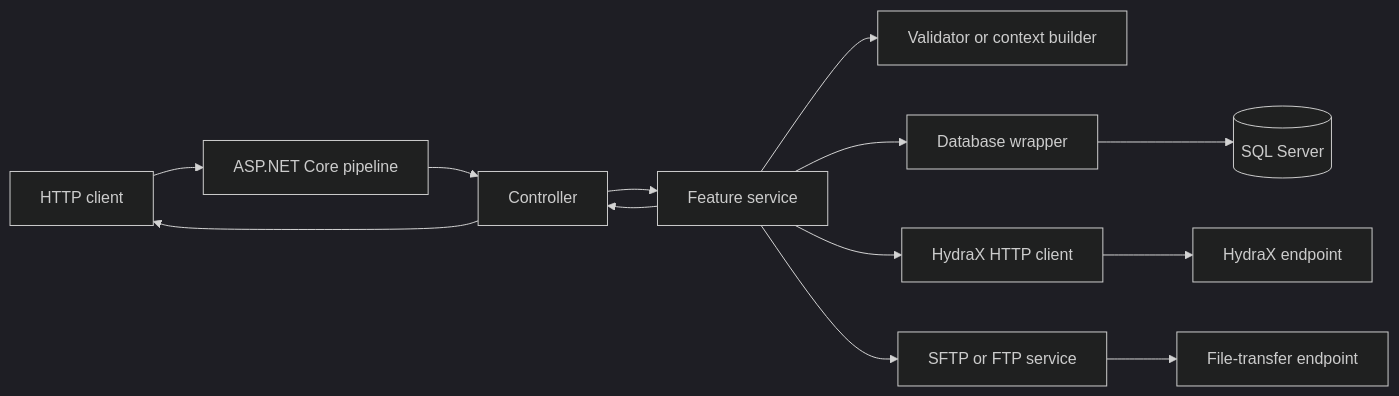
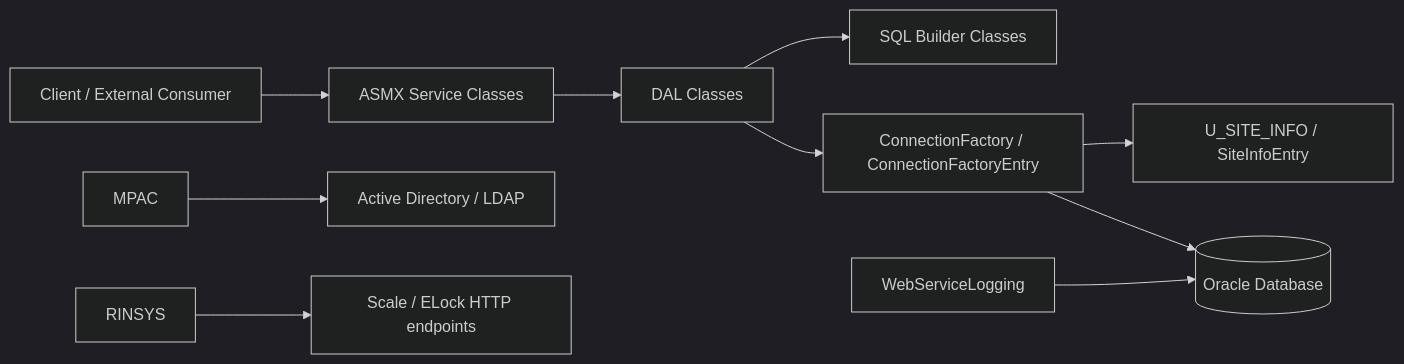
One commit to Raghavendra194/my-courses changed the first of 4 diagrams in Technical-Design-Document.md. Above: the diagram before and after it, drawn with Mermaid (dark theme). The commit also changed other lines of this file, not shown here.

````diff
--- a/Technical-Design-Document.md
+++ b/Technical-Design-Document.md
@@ -103,15 +52,12 @@
 ```mermaid
 flowchart LR
-  Client[HTTP client] --> Middleware[ASP.NET Core pipeline]
-  Middleware --> Controller[Controller]
-  Controller --> Feature[Feature service]
-  Feature --> Validation[Validator or context builder]
-  Feature --> Database[Database wrapper]
-  Feature --> Hydra[HydraX HTTP client]
-  Feature --> Transfer[SFTP or FTP service]
-  Database --> SQL[(SQL Server)]
-  Hydra --> HydraX[HydraX endpoint]
-  Transfer --> FileHost[File-transfer endpoint]
-  Feature --> Controller
-  Controller --> Client
+    C[Client / External Consumer] --> S[ASMX Service Classes]
+    S --> DAL[DAL Classes]
+    DAL --> SQL[SQL Builder Classes]
+    DAL --> CF[ConnectionFactory / ConnectionFactoryEntry]
+    CF --> U[U_SITE_INFO / SiteInfoEntry]
+    CF --> O[(Oracle Database)]
+    MPAC --> AD[Active Directory / LDAP]
+    RINSYS --> EXT[Scale / ELock HTTP endpoints]
+    WebSvc[WebServiceLogging] --> O
 ```
````
